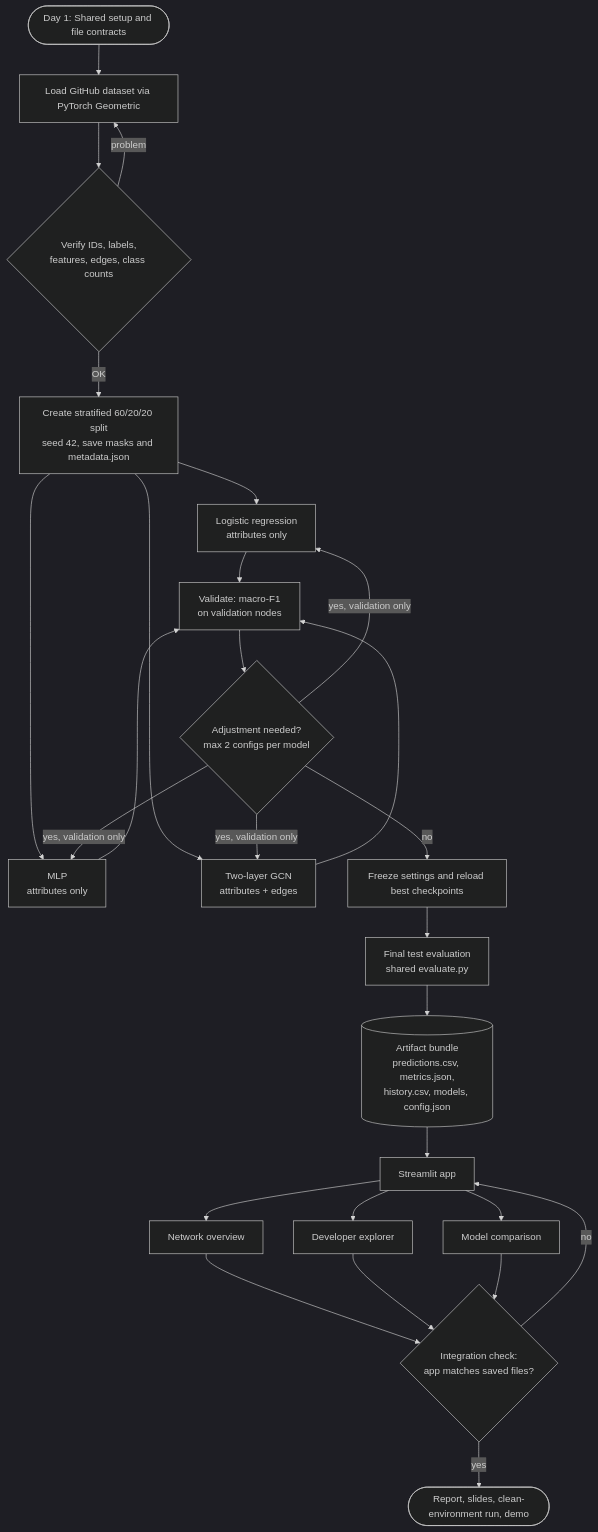
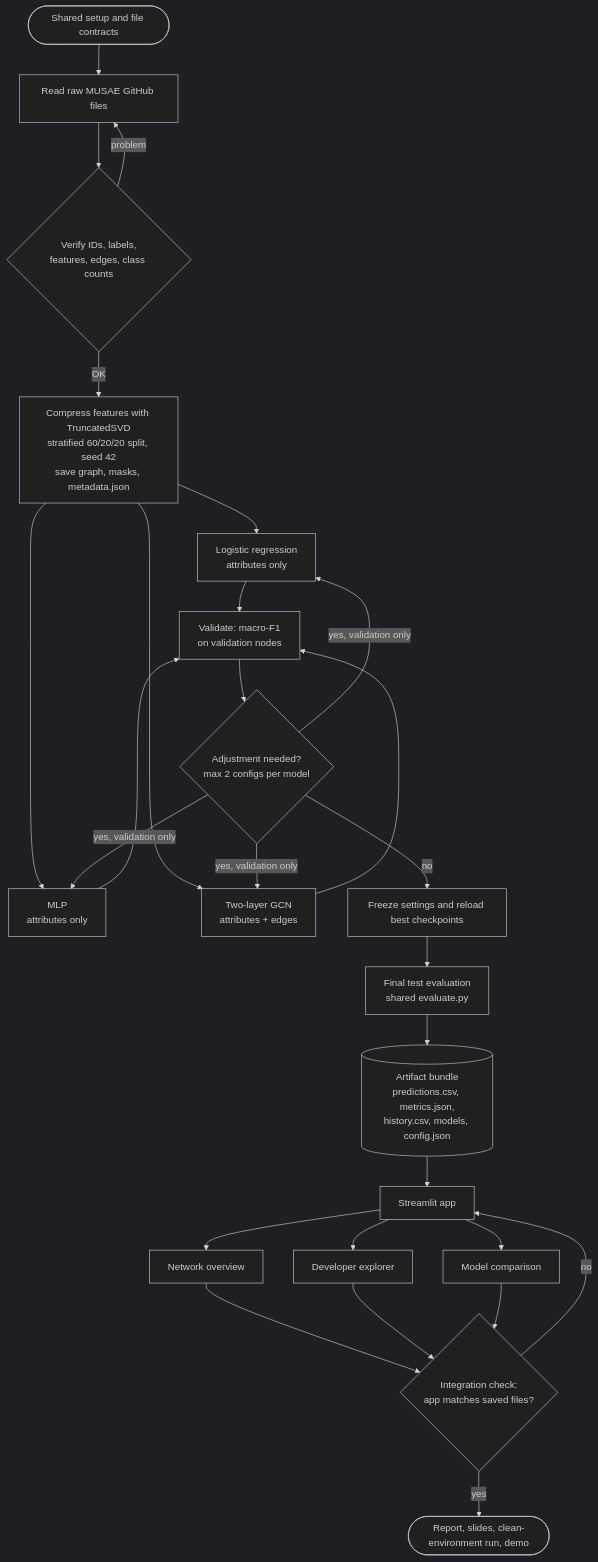
Before and after one commit to Medhavi14589/Developer_Network_Explorer: the diagram in README.md, drawn with Mermaid (dark theme). The commit also changed other lines of this file and 2 other files, not shown here.

Commit message:
Pin versions, update README with data source, results and setup

````diff
--- a/README.md
+++ b/README.md
@@ -62,35 +84,35 @@
 ```mermaid
 flowchart TD
-    A([Day 1: Shared setup and file contracts]) --> B[Load GitHub dataset via PyTorch Geometric]
+    A([Shared setup and file contracts]) --> B[Read raw MUSAE GitHub files]
     B --> C{Verify IDs, labels,<br/>features, edges, class counts}
     C -- problem --> B
-    C -- OK --> D[Create stratified 60/20/20 split<br/>seed 42, save masks and metadata.json]
+    C -- OK --> D[Compress features with TruncatedSVD<br/>stratified 60/20/20 split, seed 42<br/>save graph, masks, metadata.json]
 
     D --> E1[Logistic regression<br/>attributes only]
     D --> E2[MLP<br/>attributes only]
     D --> E3[Two-layer GCN<br/>attributes + edges]
 
     E1 --> F[Validate: macro-F1<br/>on validation nodes]
     E2 --> F
     E3 --> F
 
     F --> G{Adjustment needed?<br/>max 2 configs per model}
     G -- yes, validation only --> E1
     G -- yes, validation only --> E2
     G -- yes, validation only --> E3
     G -- no --> H[Freeze settings and reload best checkpoints]
 
     H --> I[Final test evaluation<br/>shared evaluate.py]
     I --> J[(Artifact bundle<br/>predictions.csv, metrics.json,<br/>history.csv, models, config.json)]
 
     J --> K[Streamlit app]
     K --> V1[Network overview]
     K --> V2[Developer explorer]
     K --> V3[Model comparison]
 
     V1 --> L{Integration check:<br/>app matches saved files?}
     V2 --> L
     V3 --> L
     L -- no --> K
     L -- yes --> M([Report, slides, clean-environment run, demo])
 ```
````
